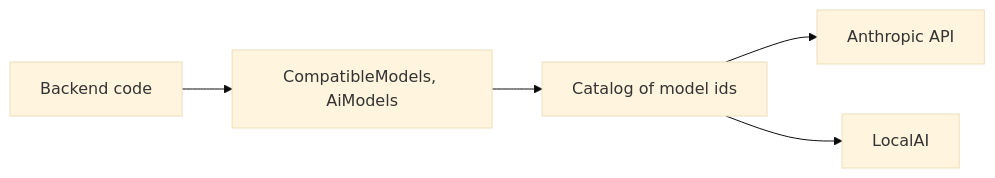
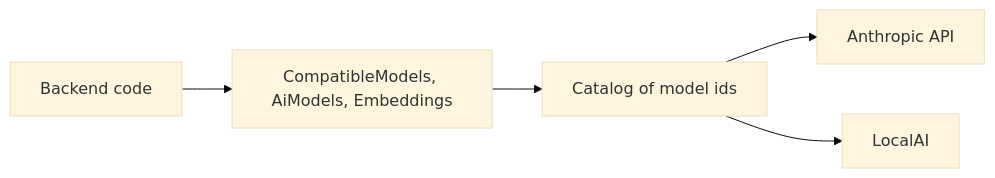
One commit to mboisnard/drinkit changed the first of 2 diagrams in tech-starters/backend/ai-starter/README.md. Above: the diagram before and after it, drawn with Mermaid (base theme). The commit also changed other lines of this file and 22 other files, not shown here.

````diff
--- a/tech-starters/backend/ai-starter/README.md
+++ b/tech-starters/backend/ai-starter/README.md
@@ -11,7 +11,7 @@
 ```mermaid
 flowchart LR
-    Code[Backend code] --> Api[CompatibleModels, AiModels]
+    Code[Backend code] --> Api[CompatibleModels, AiModels, Embeddings]
     Api --> Catalog[Catalog of model ids]
     Catalog --> Anthropic[Anthropic API]
     Catalog --> LocalAI[LocalAI]
 ```
````
